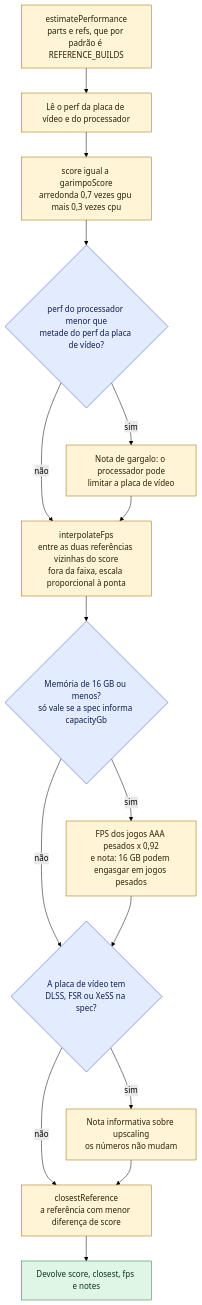
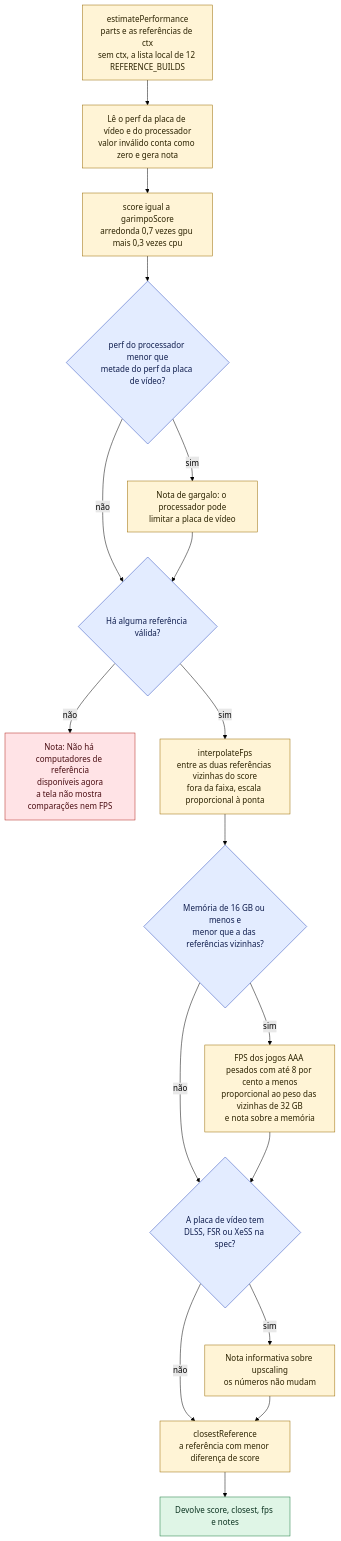
The seventh of 7 diagrams in docs/diagramas/fluxo-montador.md (FEJAPA/Garimpo-PC), drawn with Mermaid (forest theme) before and after one commit. The commit also changed other lines of this file and 26 other files, not shown here.

````diff
--- a/docs/diagramas/fluxo-montador.md
+++ b/docs/diagramas/fluxo-montador.md
@@ -176,22 +302,25 @@
 ```mermaid
 flowchart TD
     classDef passo fill:#fff4d6,stroke:#9a6b00,color:#2b2200
     classDef decisao fill:#e3ecff,stroke:#2f4fbf,color:#0f1d4d
     classDef ok fill:#dff5e6,stroke:#1b7a3f,color:#0b3320
+    classDef falha fill:#ffe3e6,stroke:#b3261e,color:#4a0d12
 
-    E0["estimatePerformance<br/>parts e refs, que por padrão é REFERENCE_BUILDS"]:::passo
-    E0 --> E1["Lê o perf da placa de vídeo e do processador"]:::passo
+    E0["estimatePerformance<br/>parts e as referências de ctx<br/>sem ctx, a lista local de 12 REFERENCE_BUILDS"]:::passo
+    E0 --> E1["Lê o perf da placa de vídeo e do processador<br/>valor inválido conta como zero e gera nota"]:::passo
     E1 --> E2["score igual a garimpoScore<br/>arredonda 0,7 vezes gpu mais 0,3 vezes cpu"]:::passo
     E2 --> E3{"perf do processador menor que<br/>metade do perf da placa de vídeo?"}:::decisao
     E3 -->|"sim"| E4["Nota de gargalo: o processador pode<br/>limitar a placa de vídeo"]:::passo
     E3 -->|"não"| E5
-    E4 --> E5["interpolateFps<br/>entre as duas referências vizinhas do score<br/>fora da faixa, escala proporcional à ponta"]:::passo
-    E5 --> E6{"Memória de 16 GB ou menos?<br/>só vale se a spec informa capacityGb"}:::decisao
-    E6 -->|"sim"| E7["FPS dos jogos AAA pesados x 0,92<br/>e nota: 16 GB podem engasgar em jogos pesados"]:::passo
-    E6 -->|"não"| E8
-    E7 --> E8{"A placa de vídeo tem<br/>DLSS, FSR ou XeSS na spec?"}:::decisao
-    E8 -->|"sim"| E9["Nota informativa sobre upscaling<br/>os números não mudam"]:::passo
+    E4 --> E5{"Há alguma referência válida?"}:::decisao
+    E5 -->|"não"| E6["Nota: Não há computadores de referência<br/>disponíveis agora<br/>a tela não mostra comparações nem FPS"]:::falha
+    E5 -->|"sim"| E7["interpolateFps<br/>entre as duas referências vizinhas do score<br/>fora da faixa, escala proporcional à ponta"]:::passo
+    E7 --> E8{"Memória de 16 GB ou menos e<br/>menor que a das referências vizinhas?"}:::decisao
+    E8 -->|"sim"| E9["FPS dos jogos AAA pesados com até 8 por cento a menos<br/>proporcional ao peso das vizinhas de 32 GB<br/>e nota sobre a memória"]:::passo
     E8 -->|"não"| E10
-    E9 --> E10["closestReference<br/>a referência com menor diferença de score"]:::passo
-    E10 --> E11["Devolve score, closest, fps e notes"]:::ok
+    E9 --> E10{"A placa de vídeo tem<br/>DLSS, FSR ou XeSS na spec?"}:::decisao
+    E10 -->|"sim"| E11["Nota informativa sobre upscaling<br/>os números não mudam"]:::passo
+    E10 -->|"não"| E12
+    E11 --> E12["closestReference<br/>a referência com menor diferença de score"]:::passo
+    E12 --> E13["Devolve score, closest, fps e notes"]:::ok
 ```
````
